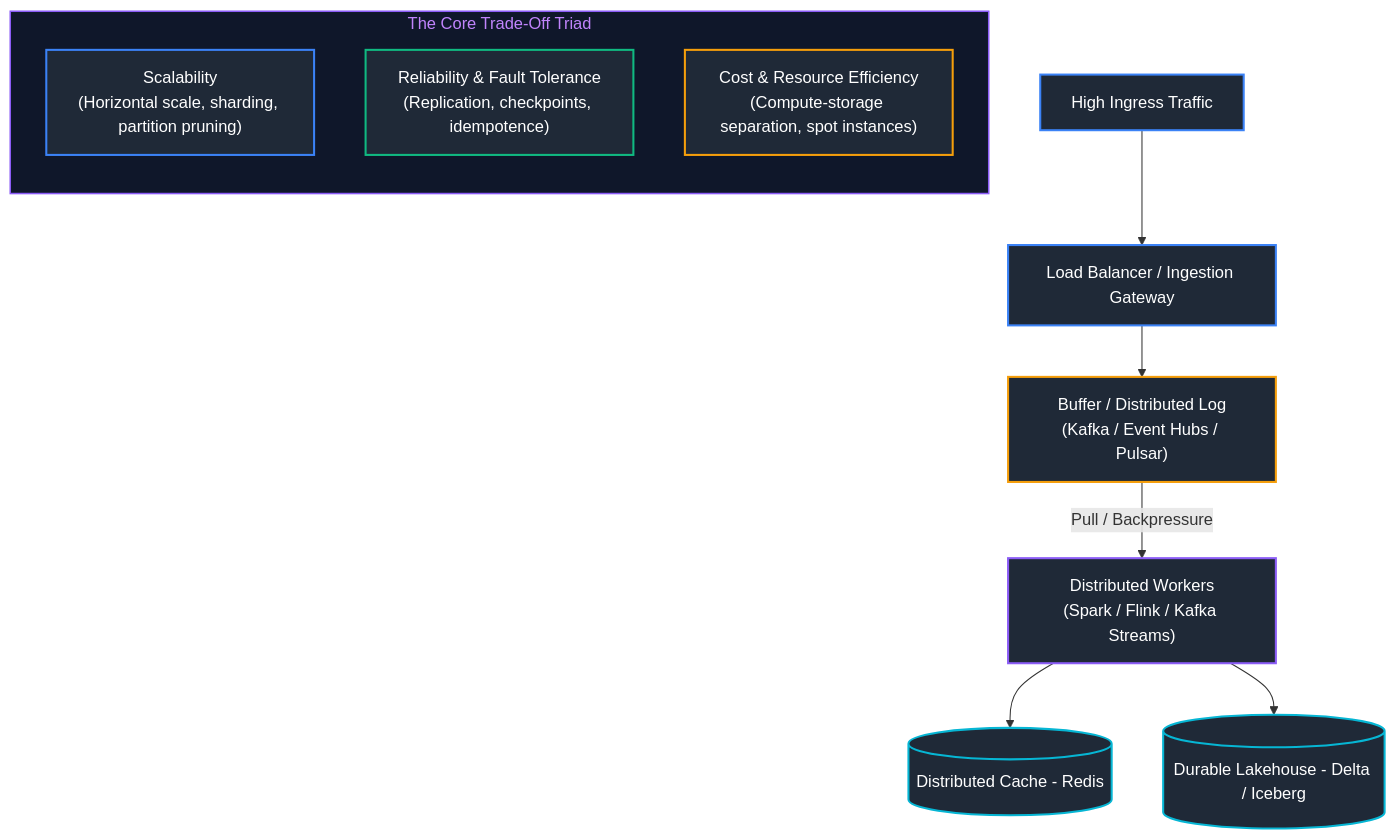
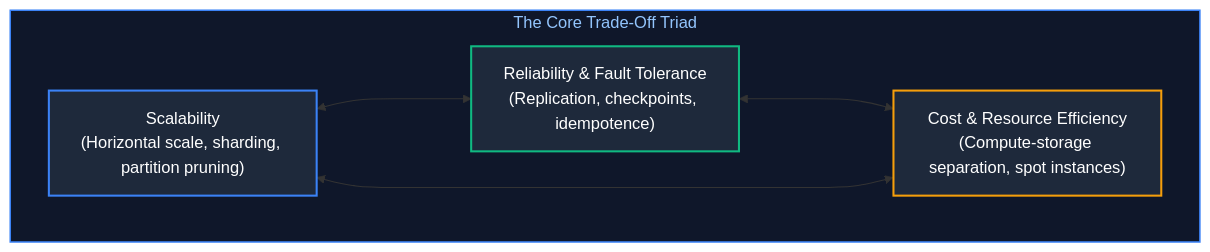
The second of 12 diagrams in Data Engineering/15_system_design_for_data_engineering.md (joydeep-biswas/Interview-Preparation), drawn with Mermaid before and after one commit. The commit also changed other lines of this file and 143 other files, not shown here.

````diff
--- a/Data Engineering/15_system_design_for_data_engineering.md
+++ b/Data Engineering/15_system_design_for_data_engineering.md
@@ -94,26 +104,18 @@
 ```mermaid
-flowchart TD
+flowchart LR
     subgraph TradeOffTriad ["The Core Trade-Off Triad"]
-        direction TD
+        direction LR
         Scalability["Scalability<br/>(Horizontal scale, sharding, partition pruning)"]
         Reliability["Reliability & Fault Tolerance<br/>(Replication, checkpoints, idempotence)"]
         Cost["Cost & Resource Efficiency<br/>(Compute-storage separation, spot instances)"]
+        
+        Scalability <---> Reliability
+        Reliability <---> Cost
+        Cost <---> Scalability
     end
 
-    Traffic[High Ingress Traffic] --> LB[Load Balancer / Ingestion Gateway]
-    LB --> Queue["Buffer / Distributed Log<br/>(Kafka / Event Hubs / Pulsar)"]
-    Queue -- Pull / Backpressure --> Workers["Distributed Workers<br/>(Spark / Flink / Kafka Streams)"]
-    Workers --> Cache[(Distributed Cache - Redis)]
-    Workers --> Storage[(Durable Lakehouse - Delta / Iceberg)]
-
-    style TradeOffTriad fill:#0f172a,stroke:#8b5cf6,stroke-width:1.5px,color:#c084fc
-    style Scalability fill:#1f2937,stroke:#3b82f6,stroke-width:2px,color:#fff
-    style Reliability fill:#1f2937,stroke:#10b981,stroke-width:2px,color:#fff
-    style Cost fill:#1f2937,stroke:#f59e0b,stroke-width:2px,color:#fff
-    style Traffic fill:#1f2937,stroke:#3b82f6,stroke-width:2px,color:#fff
-    style LB fill:#1f2937,stroke:#3b82f6,stroke-width:2px,color:#fff
-    style Queue fill:#1f2937,stroke:#f59e0b,stroke-width:2px,color:#fff
-    style Workers fill:#1f2937,stroke:#8b5cf6,stroke-width:2px,color:#fff
-    style Cache fill:#1f2937,stroke:#06b6d4,stroke-width:2px,color:#fff
-    style Storage fill:#1f2937,stroke:#06b6d4,stroke-width:2px,color:#fff
+    style TradeOffTriad fill:#0f172a,stroke:#3b82f6,stroke-width:1.5px,color:#93c5fd
+    style Scalability fill:#1e293b,stroke:#3b82f6,stroke-width:2px,color:#fff
+    style Reliability fill:#1e293b,stroke:#10b981,stroke-width:2px,color:#fff
+    style Cost fill:#1e293b,stroke:#f59e0b,stroke-width:2px,color:#fff
 ```
````
